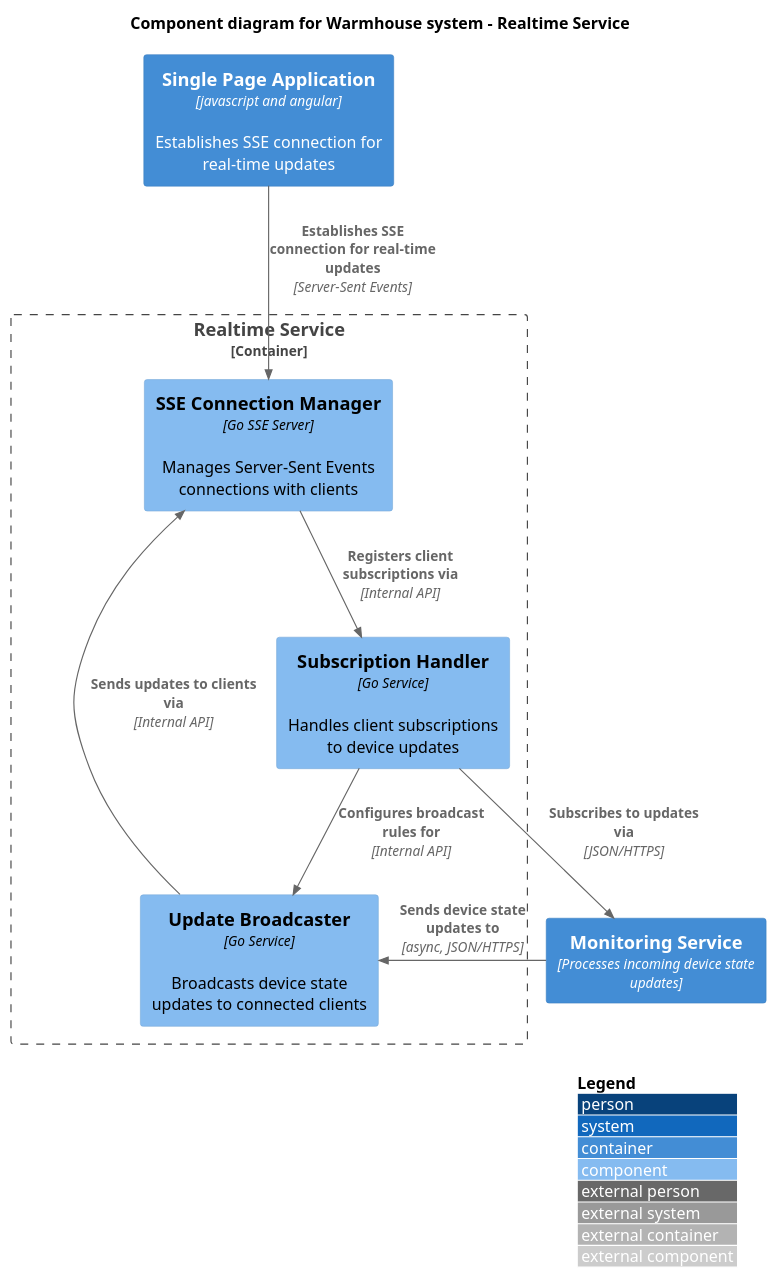
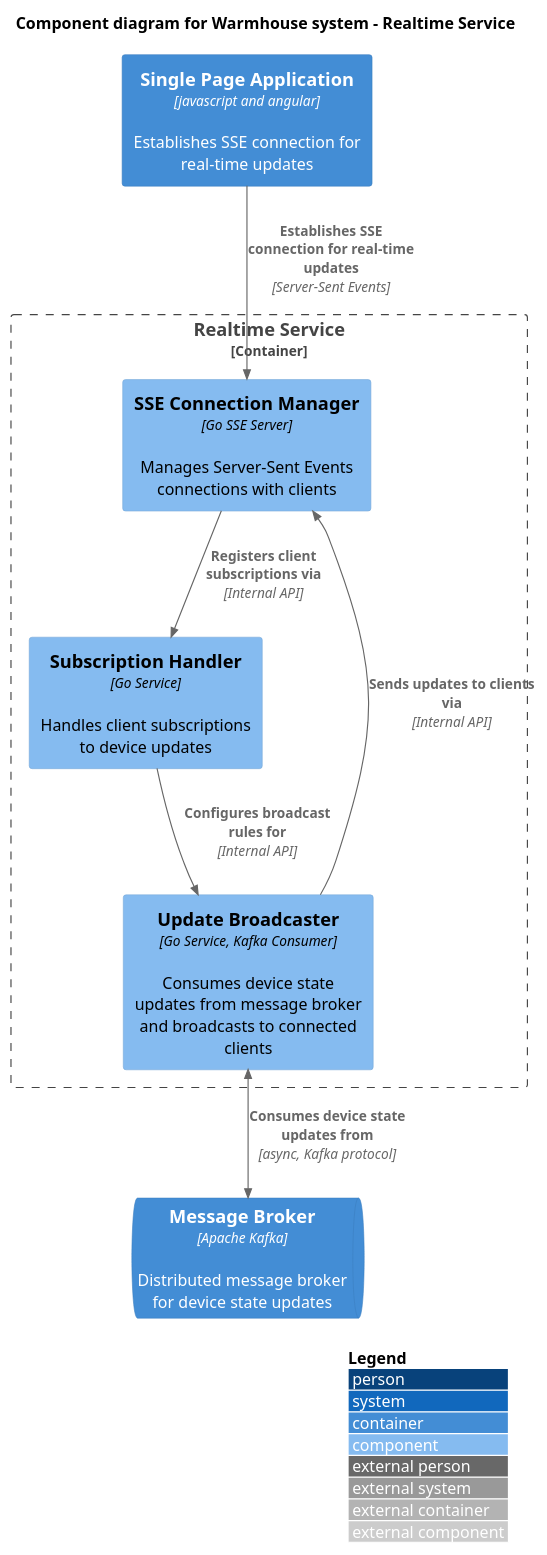
Before and after one commit to regu1yar/p1-architecture-warmhouse: the diagram in diagrams/component/realtime_service.puml, drawn with PlantUML. The commit also changed 8 other files, not shown here.

Commit message:
Remove monitoring service, update workflow

```diff
--- a/diagrams/component/realtime_service.puml
+++ b/diagrams/component/realtime_service.puml
@@ -1,26 +1,25 @@
 @startuml
 !include https://raw.githubusercontent.com/plantuml-stdlib/C4-PlantUML/master/C4_Component.puml
 ' !include ../common/C4_Component.puml
 
 LAYOUT_WITH_LEGEND()
 
 title Component diagram for Warmhouse system - Realtime Service
 
 Container(spa, "Single Page Application", "javascript and angular", "Establishes SSE connection for real-time updates")
-Container(monitoring_service, "Monitoring Service", "Processes incoming device state updates")
+ContainerQueue(message_broker, "Message Broker", "Apache Kafka", "Distributed message broker for device state updates")
 
 Container_Boundary(realtime_service, "Realtime Service") {
     Component(sse_connection_manager, "SSE Connection Manager", "Go SSE Server", "Manages Server-Sent Events connections with clients")
-    Component(update_broadcaster, "Update Broadcaster", "Go Service", "Broadcasts device state updates to connected clients")
+    Component(update_broadcaster, "Update Broadcaster", "Go Service, Kafka Consumer", "Consumes device state updates from message broker and broadcasts to connected clients")
     Component(subscription_handler, "Subscription Handler", "Go Service", "Handles client subscriptions to device updates")
 
     Rel(sse_connection_manager, subscription_handler, "Registers client subscriptions via", "Internal API")
     Rel(update_broadcaster, sse_connection_manager, "Sends updates to clients via", "Internal API")
     Rel(subscription_handler, update_broadcaster, "Configures broadcast rules for", "Internal API")
 }
 
 Rel(spa, sse_connection_manager, "Establishes SSE connection for real-time updates", "Server-Sent Events")
-Rel(monitoring_service, update_broadcaster, "Sends device state updates to", "async, JSON/HTTPS")
-Rel(subscription_handler, monitoring_service, "Subscribes to updates via", "JSON/HTTPS")
+BiRel(update_broadcaster, message_broker, "Consumes device state updates from", "async, Kafka protocol")
 
 @enduml
```
